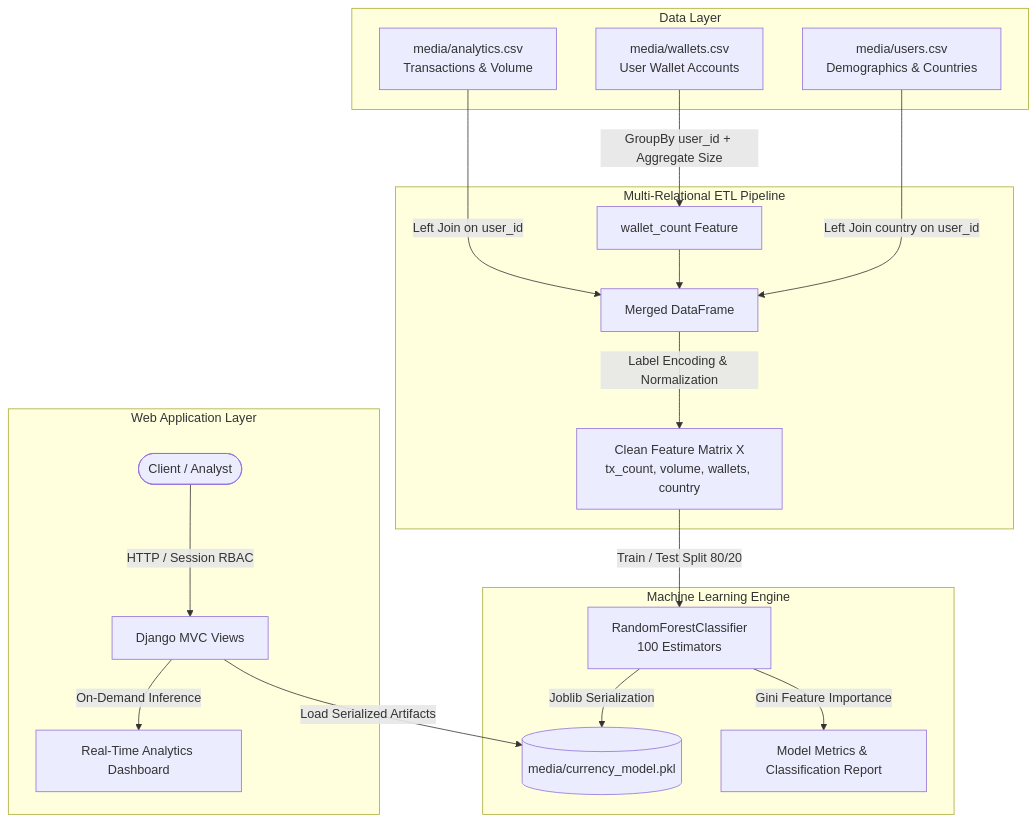
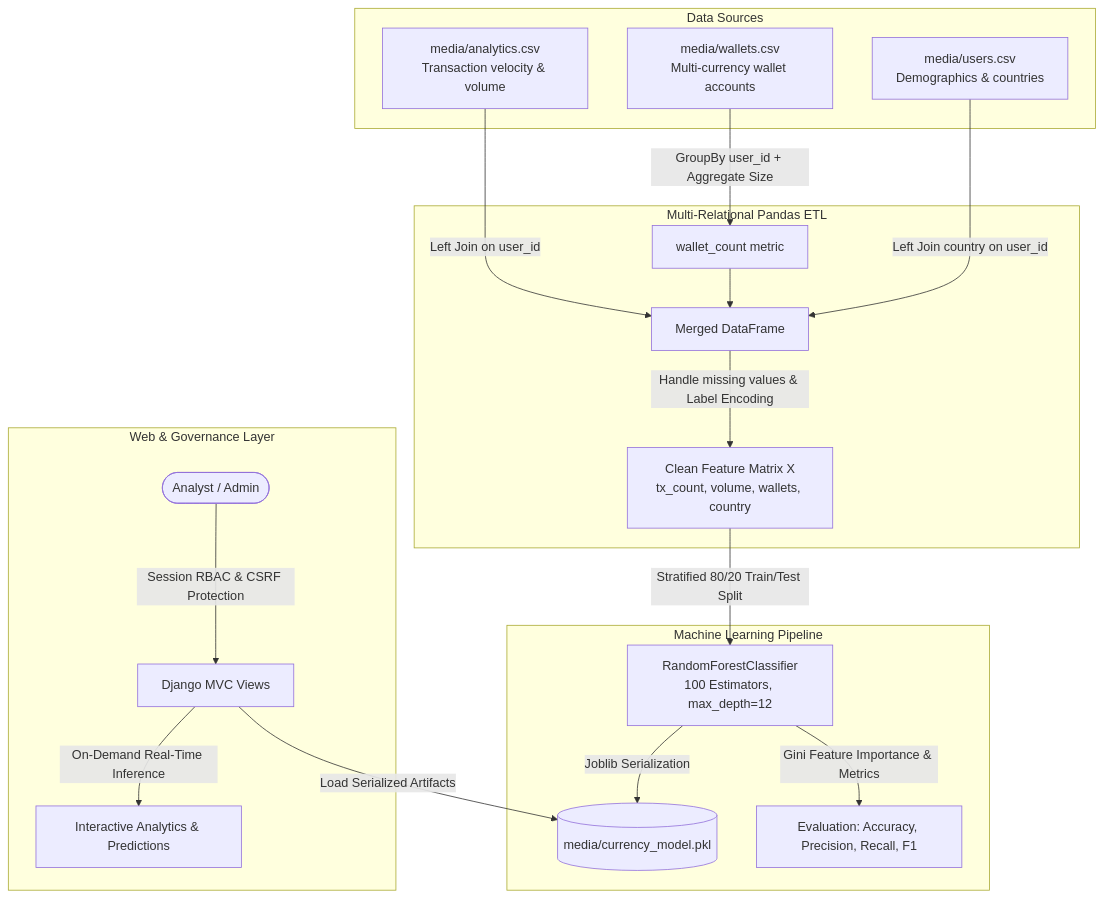
Before and after one commit to mullewarpramodh-tech/digital-currency-analytics-platform: the diagram in README.md, drawn with Mermaid. The commit also changed other lines of this file and 25 other files, not shown here.

Commit message:
feat: complete platform hardening, security, RBAC, and test suite

````diff
--- a/README.md
+++ b/README.md
@@ -27,28 +40,28 @@
 ```mermaid
 flowchart TD
-    subgraph Data Layer
-        A1[media/analytics.csv<br/>Transactions & Volume]
-        A2[media/wallets.csv<br/>User Wallet Accounts]
-        A3[media/users.csv<br/>Demographics & Countries]
+    subgraph Data Sources
+        A1[media/analytics.csv<br/>Transaction velocity & volume]
+        A2[media/wallets.csv<br/>Multi-currency wallet accounts]
+        A3[media/users.csv<br/>Demographics & countries]
     end
 
-    subgraph Multi-Relational ETL Pipeline
-        A2 -->|GroupBy user_id + Aggregate Size| B1[wallet_count Feature]
+    subgraph Multi-Relational Pandas ETL
+        A2 -->|GroupBy user_id + Aggregate Size| B1[wallet_count metric]
         A1 -->|Left Join on user_id| B2[Merged DataFrame]
         B1 --> B2
         A3 -->|Left Join country on user_id| B2
-        B2 -->|Label Encoding & Normalization| C[Clean Feature Matrix X<br/>tx_count, volume, wallets, country]
+        B2 -->|Handle missing values & Label Encoding| C[Clean Feature Matrix X<br/>tx_count, volume, wallets, country]
     end
 
-    subgraph Machine Learning Engine
-        C -->|Train / Test Split 80/20| D[RandomForestClassifier<br/>100 Estimators]
-        D -->|Gini Feature Importance| E[Model Metrics & Classification Report]
+    subgraph Machine Learning Pipeline
+        C -->|Stratified 80/20 Train/Test Split| D[RandomForestClassifier<br/>100 Estimators, max_depth=12]
+        D -->|Gini Feature Importance & Metrics| E[Evaluation: Accuracy, Precision, Recall, F1]
         D -->|Joblib Serialization| F[(media/currency_model.pkl)]
     end
 
-    subgraph Web Application Layer
-        User([Client / Analyst]) -->|HTTP / Session RBAC| G[Django MVC Views]
+    subgraph Web & Governance Layer
+        Client([Analyst / Admin]) -->|Session RBAC & CSRF Protection| G[Django MVC Views]
         G -->|Load Serialized Artifacts| F
-        G -->|On-Demand Inference| H[Real-Time Analytics Dashboard]
+        G -->|On-Demand Real-Time Inference| H[Interactive Analytics & Predictions]
     end
 ```
````
